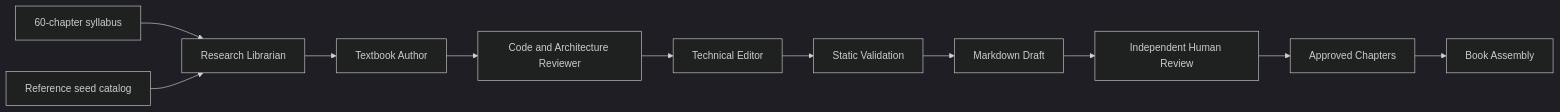
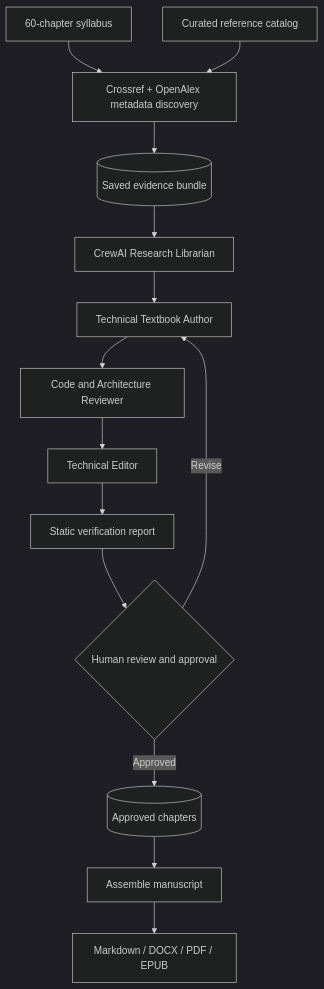
The diagram in README.md (Redcof/papyrus), drawn with Mermaid (dark theme) before and after one commit. The commit also changed other lines of this file, not shown here.

````diff
--- a/README.md
+++ b/README.md
@@ -39,13 +11,16 @@
 ```mermaid
-flowchart LR
-    S[60-chapter syllabus] --> L[Research Librarian]
-    R[Reference seed catalog] --> L
-    L --> A[Textbook Author]
-    A --> E[Code and Architecture Reviewer]
-    E --> T[Technical Editor]
-    T --> Q[Static Validation]
-    Q --> D[Markdown Draft]
-    D --> H[Independent Human Review]
-    H --> P[Approved Chapters]
-    P --> B[Book Assembly]
+flowchart TD
+  S[60-chapter syllabus] --> R[Crossref + OpenAlex metadata discovery]
+  C[Curated reference catalog] --> R
+  R --> E[(Saved evidence bundle)]
+  E --> L[CrewAI Research Librarian]
+  L --> A[Technical Textbook Author]
+  A --> V[Code and Architecture Reviewer]
+  V --> T[Technical Editor]
+  T --> Q[Static verification report]
+  Q --> H{Human review and approval}
+  H -->|Revise| A
+  H -->|Approved| P[(Approved chapters)]
+  P --> M[Assemble manuscript]
+  M --> X[Markdown / DOCX / PDF / EPUB]
 ```
````
